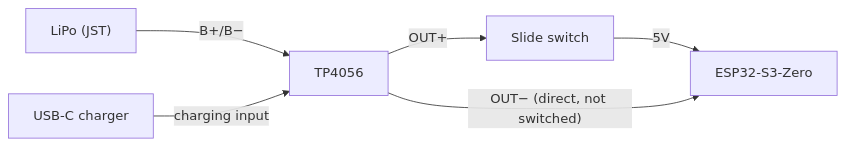
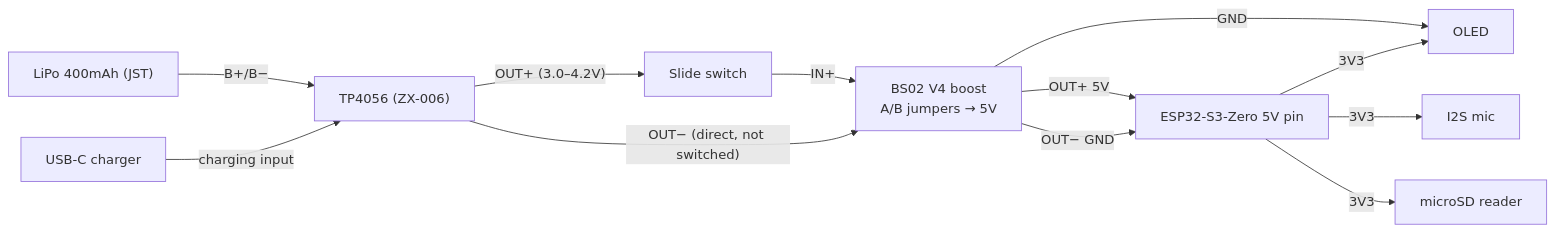
The diagram in hardware/pinout.md (quantum-crowbar/whisper), drawn with Mermaid before and after one commit. The commit also changed other lines of this file and 5 other files, not shown here.

````diff
--- a/hardware/pinout.md
+++ b/hardware/pinout.md
@@ -43,7 +68,14 @@
 ```mermaid
 flowchart LR
-    lipo["LiPo (JST)"] -->|B+/B−| tp[TP4056]
-    tp -->|OUT+| sw[Slide switch] -->|5V| esp[ESP32-S3-Zero]
-    tp -->|"OUT− (direct, not switched)"| esp
+    lipo["LiPo 400mAh (JST)"] -->|B+/B−| tp["TP4056 (ZX-006)"]
+    tp -->|"OUT+ (3.0–4.2V)"| sw[Slide switch]
+    sw -->|IN+| boost["BS02 V4 boost<br/>A/B jumpers → 5V"]
+    tp -->|"OUT− (direct, not switched)"| boost
+    boost -->|"OUT+ 5V"| esp[ESP32-S3-Zero 5V pin]
+    boost -->|"OUT− GND"| esp
+    boost -->|GND| oled[OLED]
+    esp -->|3V3| oled
+    esp -->|3V3| mic[I2S mic]
+    esp -->|3V3| sd[microSD reader]
     charge["USB-C charger"] -->|charging input| tp
 ```
````
